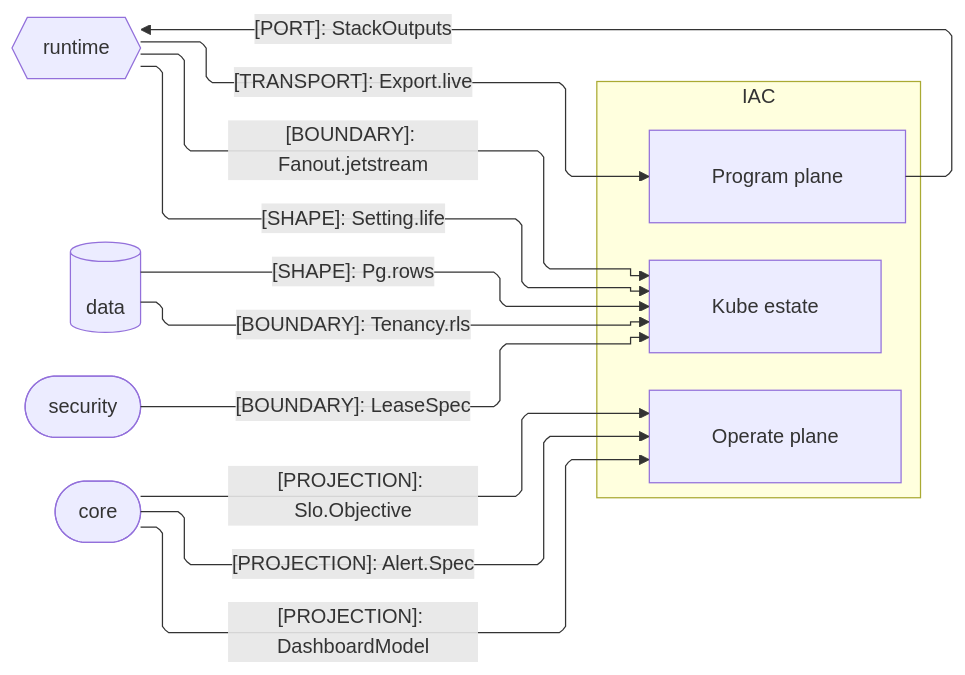
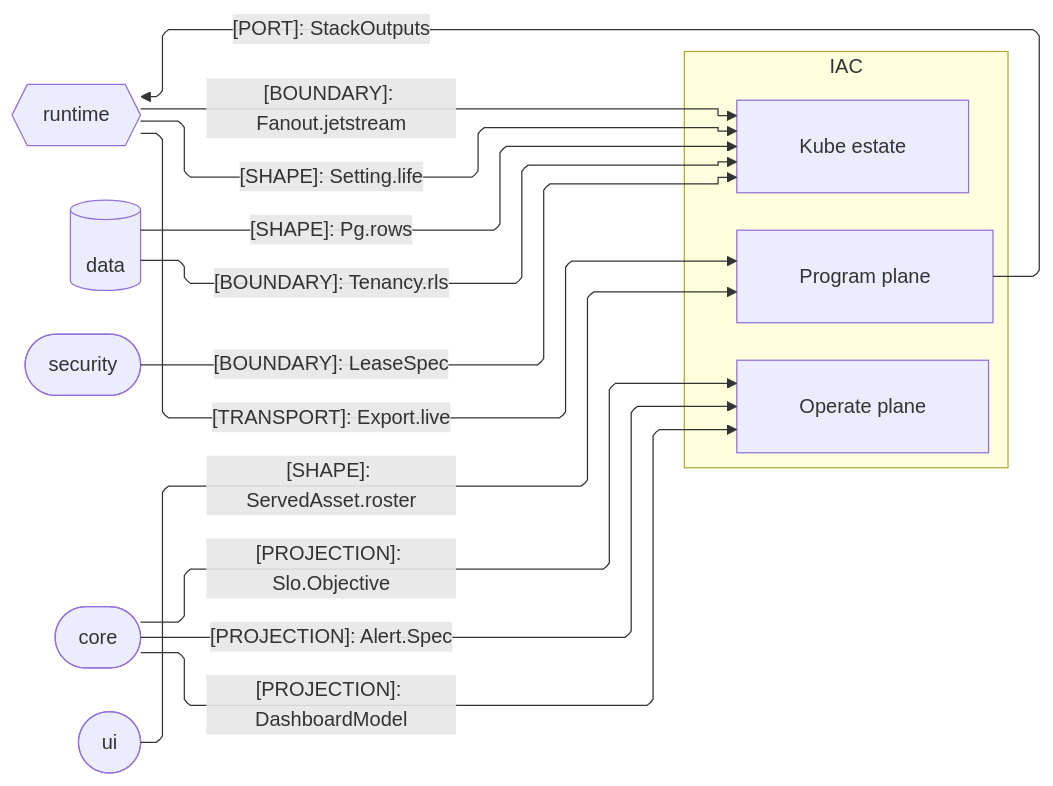
Before and after one commit to bsamiee/Rasm: the second of 2 diagrams in libs/typescript/iac/ARCHITECTURE.md, drawn with Mermaid. The commit also changed other lines of this file and 195 other files, not shown here.

````diff
--- a/libs/typescript/iac/ARCHITECTURE.md
+++ b/libs/typescript/iac/ARCHITECTURE.md
@@ -76,31 +76,33 @@
 ```mermaid
 ---
 config:
   layout: elk
   flowchart:
     curve: linear
     padding: 25
 ---
 flowchart LR
     accTitle: IaC package seam registry
-    accDescr: IaC plane owners exchanging stack outputs, data-plane shapes, lifecycle posture, leased secrets, and observability projections with the runtime, data, security, and core packages, one labeled edge per contract family.
+    accDescr: IaC plane owners exchanging stack outputs, data-plane shapes, lifecycle posture, leased secrets, served-asset identities, and observability projections with the runtime, data, security, core, and ui packages, one labeled edge per contract family.
     subgraph iac[IAC]
         Program[Program plane]
         Operate[Operate plane]
         Kube[Kube estate]
     end
     Runtime{{runtime}}
     Data[(data)]
     Security([security])
     Core([core])
+    Ui([ui])
     Program e1@-->|"[PORT]: StackOutputs"| Runtime
     Data e2@-->|"[SHAPE]: Pg.rows"| Kube
     Data e3@-->|"[BOUNDARY]: Tenancy.rls"| Kube
     Runtime e4@-->|"[BOUNDARY]: Fanout.jetstream"| Kube
     Runtime e5@-->|"[SHAPE]: Setting.life"| Kube
     Security e6@-->|"[BOUNDARY]: LeaseSpec"| Kube
     Core e7@-->|"[PROJECTION]: DashboardModel"| Operate
     Core e8@-->|"[PROJECTION]: Alert.Spec"| Operate
     Core e9@-->|"[PROJECTION]: Slo.Objective"| Operate
     Runtime e10@-->|"[TRANSPORT]: Export.live"| Program
+    Ui e11@-->|"[SHAPE]: ServedAsset.roster"| Program
 ```
````
